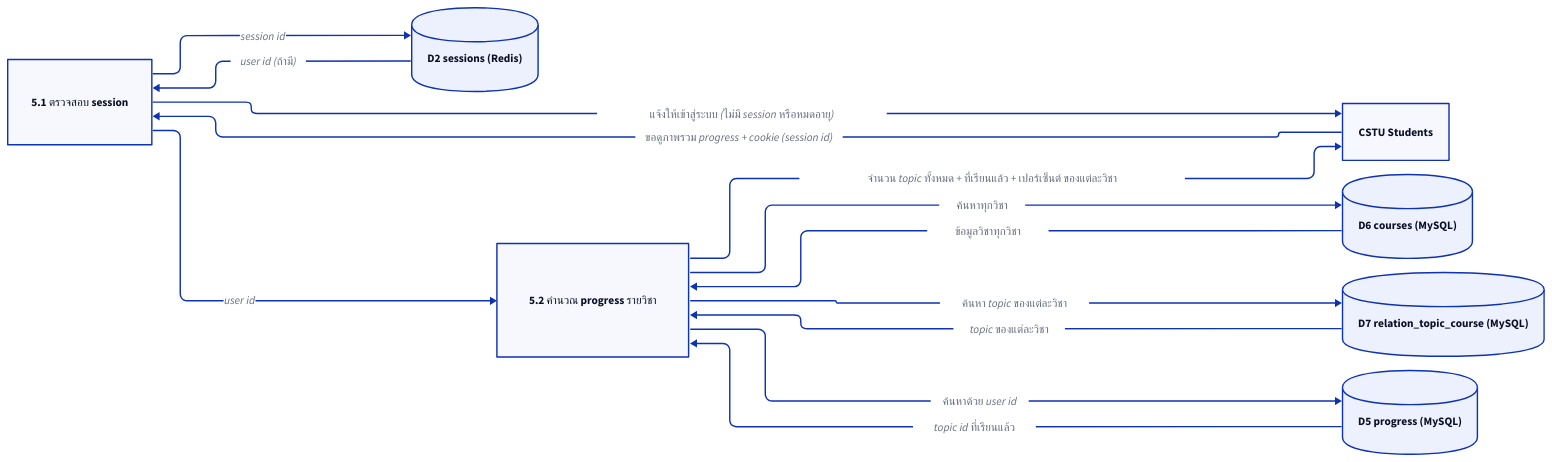
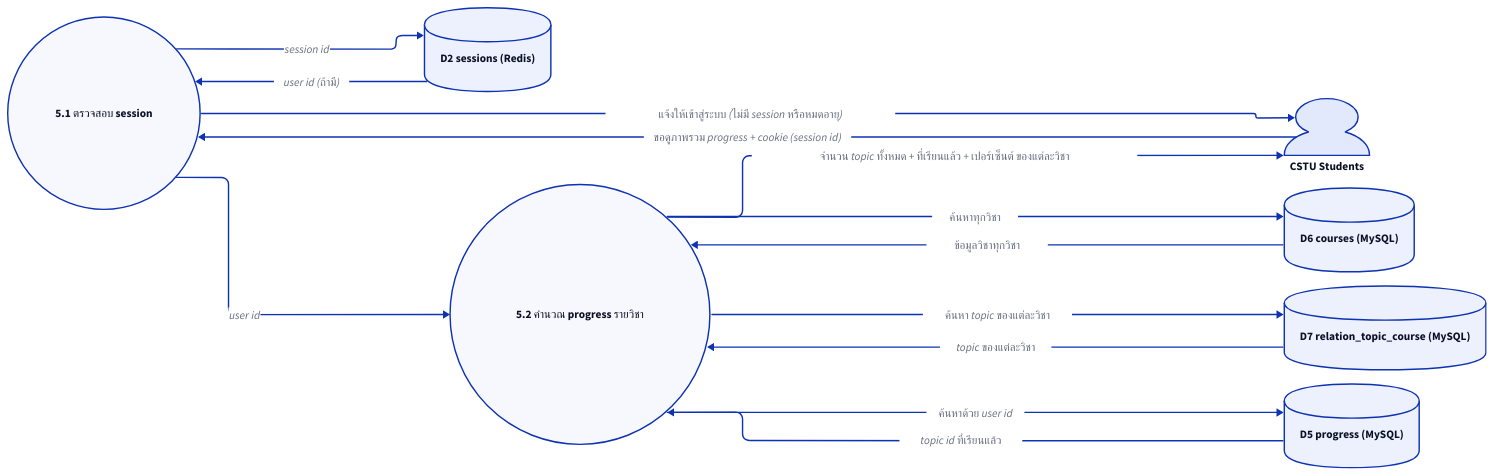
One commit to Saranwich/CS261 changed the diagram in docs/Diagrams/DFD/US5.d2. Above: the diagram before and after it, drawn with D2. The commit also changed 27 other files, not shown here.

Commit message:
fix(diagrams): use person/circle/cylinder shapes

```diff
--- a/docs/Diagrams/DFD/US5.d2
+++ b/docs/Diagrams/DFD/US5.d2
@@ -1,26 +1,28 @@
 vars: { d2-config: { layout-engine: elk } }
 direction: right
 cstu_student: CSTU Students
-cstu_student.shape: rectangle
+cstu_student.shape: person
 system5-1: 5.1 ตรวจสอบ session
+system5-1.shape: circle
 system5-2: 5.2 คำนวณ progress รายวิชา
+system5-2.shape: circle
 sessions: D2 sessions (Redis)
 sessions.shape: cylinder
 courses: D6 courses (MySQL)
 courses.shape: cylinder
 course_topics: D7 relation_topic_course (MySQL)
 course_topics.shape: cylinder
 progress: D5 progress (MySQL)
 progress.shape: cylinder
 cstu_student -> system5-1: ขอดูภาพรวม progress + cookie (session id)
 system5-1 -> sessions: session id
 sessions -> system5-1: user id (ถ้ามี)
 system5-1 -> cstu_student: แจ้งให้เข้าสู่ระบบ (ไม่มี session หรือหมดอายุ)
 system5-1 -> system5-2: user id
 system5-2 -> courses: ค้นหาทุกวิชา
 courses -> system5-2: ข้อมูลวิชาทุกวิชา
 system5-2 -> course_topics: ค้นหา topic ของแต่ละวิชา
 course_topics -> system5-2: topic ของแต่ละวิชา
 system5-2 -> progress: ค้นหาด้วย user id
 progress -> system5-2: topic id ที่เรียนแล้ว
 system5-2 -> cstu_student: จำนวน topic ทั้งหมด + ที่เรียนแล้ว + เปอร์เซ็นต์ ของแต่ละวิชา
```
